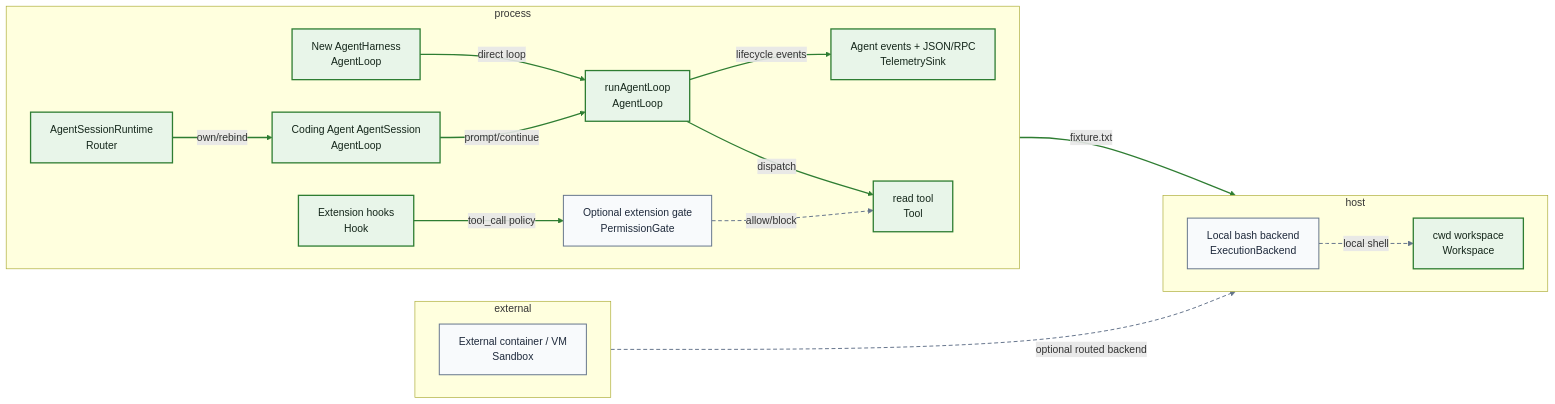
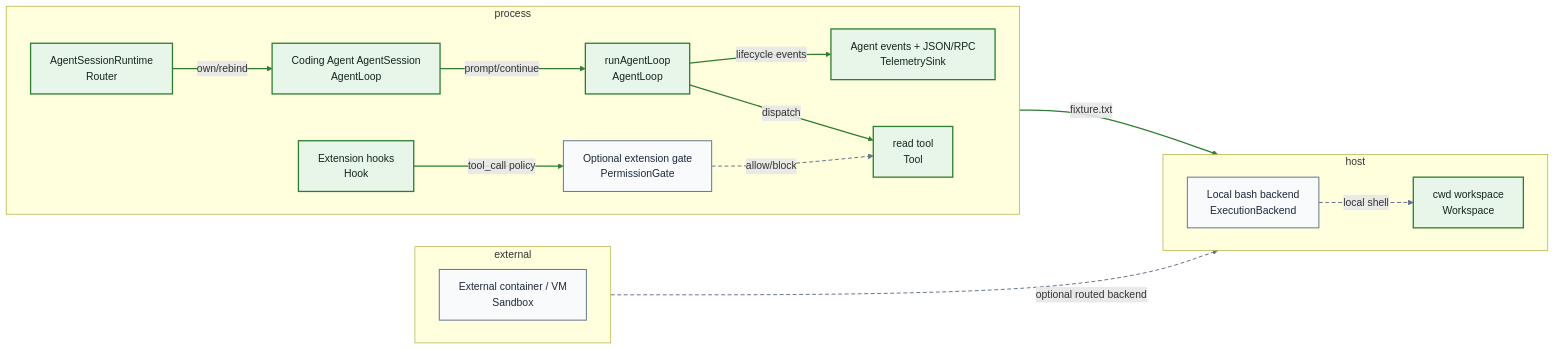
The diagram in pi-harness-analysis/diagrams/permission-pipeline.mmd (IcyFeather233/awesome-harness-analysis), drawn with Mermaid before and after one commit. The commit also changed 107 other files, not shown here.

```diff
--- a/pi-harness-analysis/diagrams/permission-pipeline.mmd
+++ b/pi-harness-analysis/diagrams/permission-pipeline.mmd
@@ -1,49 +1,46 @@
 flowchart LR
   %% Permission Pipeline
   classDef observed fill:#E8F5E9,stroke:#2E7D32,color:#14261A,stroke-width:2px;
   classDef staticOnly fill:#F8FAFC,stroke:#64748B,color:#1E293B,stroke-width:1.5px;
   classDef inferred fill:#FFF7ED,stroke:#B45309,color:#431407,stroke-width:1.5px;
   classDef conflicted fill:#FEF2F2,stroke:#B91C1C,color:#450A0A,stroke-width:2.5px;
   classDef unknown fill:#F8FAFC,stroke:#94A3B8,color:#475569,stroke-width:1.5px;
   subgraph g_562e8626af22["external"]
     direction LR
     n_a17ca7733626["External container / VM<br/>Sandbox"]
   end
   subgraph g_2f012c904bef["host"]
     direction LR
     n_66d060a3ce72["Local bash backend<br/>ExecutionBackend"]
     n_94fdf21bba59["cwd workspace<br/>Workspace"]
   end
   subgraph g_49c26ae2b967["process"]
     direction LR
     n_825e7b7c4e51["Coding Agent AgentSession<br/>AgentLoop"]
-    n_546fb0dae98a["New AgentHarness<br/>AgentLoop"]
     n_1f48ee0d4fd8["runAgentLoop<br/>AgentLoop"]
     n_9b238fc5ebe1["Extension hooks<br/>Hook"]
     n_1606289c70f4["Optional extension gate<br/>PermissionGate"]
     n_cb9c10e1a22e["AgentSessionRuntime<br/>Router"]
     n_95a05335b894["Agent events + JSON/RPC<br/>TelemetrySink"]
     n_c223520f774e["read tool<br/>Tool"]
   end
-  class n_825e7b7c4e51,n_546fb0dae98a,n_1f48ee0d4fd8,n_9b238fc5ebe1,n_cb9c10e1a22e,n_95a05335b894,n_c223520f774e,n_94fdf21bba59 observed;
+  class n_825e7b7c4e51,n_1f48ee0d4fd8,n_9b238fc5ebe1,n_cb9c10e1a22e,n_95a05335b894,n_c223520f774e,n_94fdf21bba59 observed;
   class n_66d060a3ce72,n_1606289c70f4,n_a17ca7733626 staticOnly;
-  n_546fb0dae98a -->|"direct loop"| n_1f48ee0d4fd8
   n_825e7b7c4e51 -->|"prompt/continue"| n_1f48ee0d4fd8
   n_66d060a3ce72 -.->|"local shell"| n_94fdf21bba59
   n_a17ca7733626 -.->|"optional routed backend"| n_66d060a3ce72
   n_9b238fc5ebe1 -->|"tool_call policy"| n_1606289c70f4
   n_1f48ee0d4fd8 -->|"lifecycle events"| n_95a05335b894
   n_1f48ee0d4fd8 -->|"dispatch"| n_c223520f774e
   n_1606289c70f4 -.->|"allow/block"| n_c223520f774e
   n_c223520f774e -->|"fixture.txt"| n_94fdf21bba59
   n_cb9c10e1a22e -->|"own/rebind"| n_825e7b7c4e51
   linkStyle 0 stroke:#2E7D32,stroke-width:2px;
-  linkStyle 1 stroke:#2E7D32,stroke-width:2px;
+  linkStyle 1 stroke:#64748B,stroke-width:1.5px,stroke-dasharray:6 4;
   linkStyle 2 stroke:#64748B,stroke-width:1.5px,stroke-dasharray:6 4;
-  linkStyle 3 stroke:#64748B,stroke-width:1.5px,stroke-dasharray:6 4;
+  linkStyle 3 stroke:#2E7D32,stroke-width:2px;
   linkStyle 4 stroke:#2E7D32,stroke-width:2px;
   linkStyle 5 stroke:#2E7D32,stroke-width:2px;
-  linkStyle 6 stroke:#2E7D32,stroke-width:2px;
-  linkStyle 7 stroke:#64748B,stroke-width:1.5px,stroke-dasharray:6 4;
+  linkStyle 6 stroke:#64748B,stroke-width:1.5px,stroke-dasharray:6 4;
+  linkStyle 7 stroke:#2E7D32,stroke-width:2px;
   linkStyle 8 stroke:#2E7D32,stroke-width:2px;
-  linkStyle 9 stroke:#2E7D32,stroke-width:2px;
```
